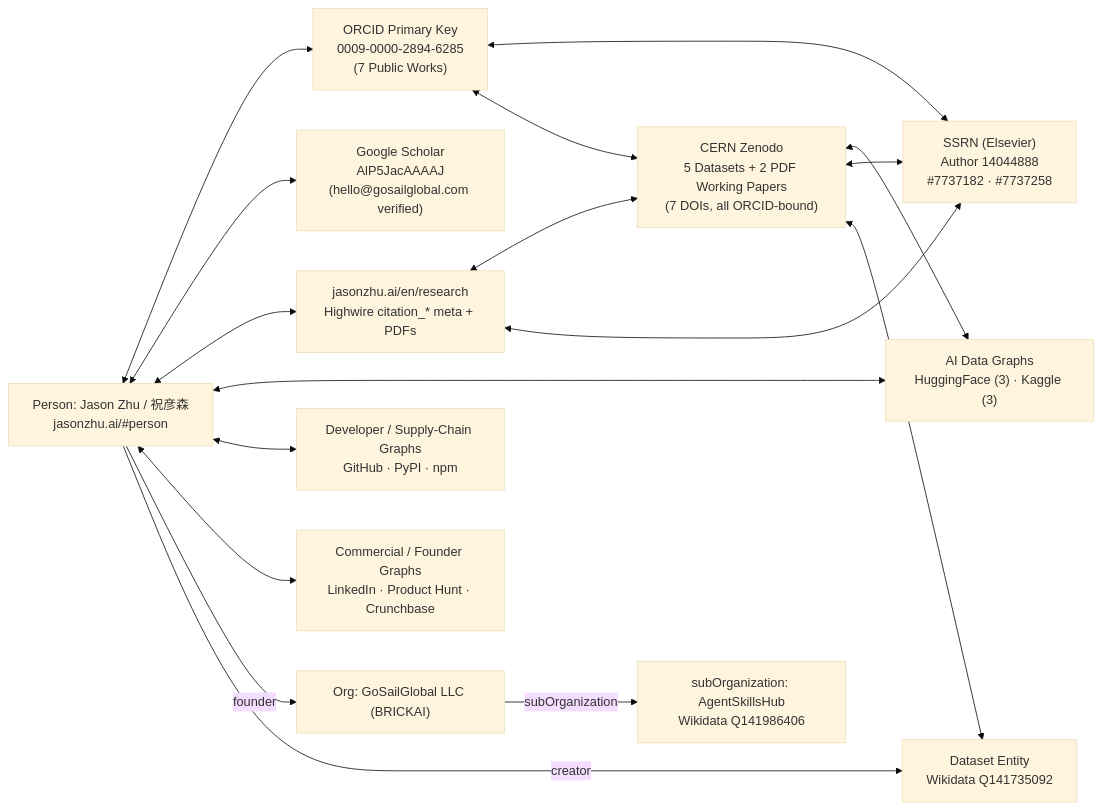
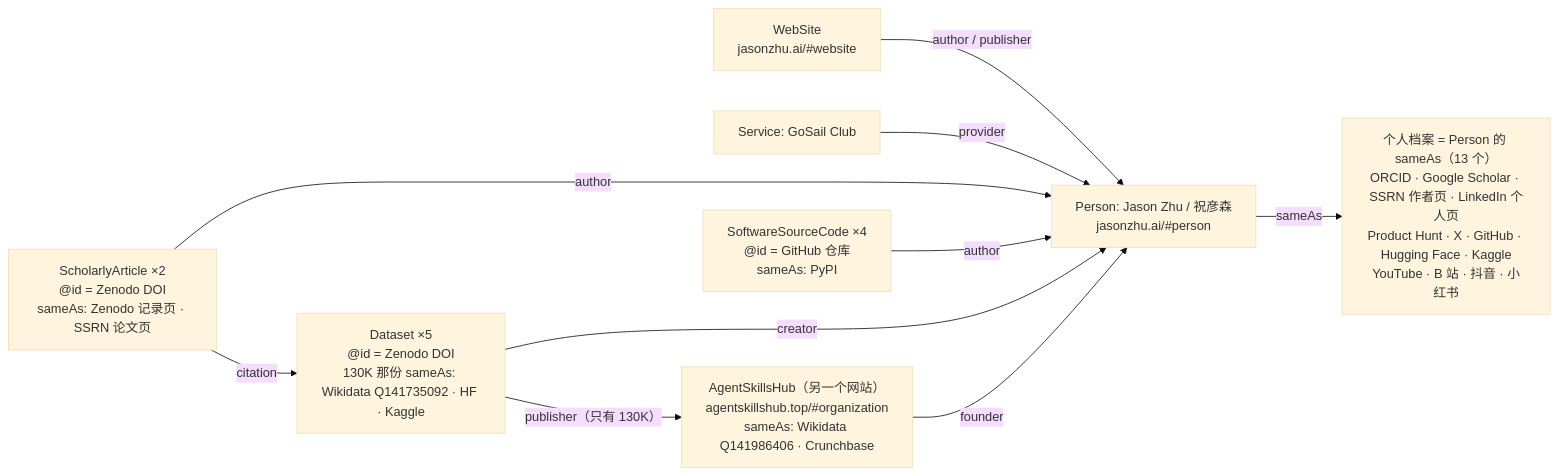
One commit to zhuyansen/jasonzhu.ai changed the diagram in ops/geo/entity-consistency-sop.md. Above: the diagram before and after it, drawn with Mermaid (base theme). The commit also changed other lines of this file, not shown here.

First line of the commit message:
实体信息统一与学术存档 SOP：照实写现状，Wikidata 个人条目暂缓，数据纠正完之前不绑学术图谱

````diff
--- a/ops/geo/entity-consistency-sop.md
+++ b/ops/geo/entity-consistency-sop.md
@@ -28,32 +37,21 @@
 ```mermaid
 flowchart LR
   P["Person: Jason Zhu / 祝彦森\njasonzhu.ai/#person"]
-  ORCID["ORCID Primary Key\n0009-0000-2894-6285\n(7 Public Works)"]
-  GS["Google Scholar\nAlP5JacAAAAJ\n(hello@gosailglobal.com verified)"]
-  SSRN["SSRN (Elsevier)\nAuthor 14044888\n#7737182 · #7737258"]
-  ZEN["CERN Zenodo\n5 Datasets + 2 PDF Working Papers\n(7 DOIs, all ORCID-bound)"]
-  AI["AI Data Graphs\nHuggingFace (3) · Kaggle (3)"]
-  DEV["Developer / Supply-Chain Graphs\nGitHub · PyPI · npm"]
-  BIZ["Commercial / Founder Graphs\nLinkedIn · Product Hunt · Crunchbase"]
-  RES["jasonzhu.ai/en/research\nHighwire citation_* meta + PDFs"]
-  ORG["Org: GoSailGlobal LLC (BRICKAI)"]
-  SUB["subOrganization: AgentSkillsHub\nWikidata Q141986406"]
-  WD["Dataset Entity\nWikidata Q141735092"]
+  PROF["个人档案 = Person 的 sameAs（13 个）\nORCID · Google Scholar · SSRN 作者页 · LinkedIn 个人页\nProduct Hunt · X · GitHub · Hugging Face · Kaggle\nYouTube · B 站 · 抖音 · 小红书"]
+  WEB["WebSite\njasonzhu.ai/#website"]
+  SVC["Service: GoSail Club"]
+  HUB["AgentSkillsHub（另一个网站）\nagentskillshub.top/#organization\nsameAs: Wikidata Q141986406 · Crunchbase"]
+  PAPER["ScholarlyArticle ×2\n@id = Zenodo DOI\nsameAs: Zenodo 记录页 · SSRN 论文页"]
+  DATA["Dataset ×5\n@id = Zenodo DOI\n130K 那份 sameAs: Wikidata Q141735092 · HF · Kaggle"]
+  SW["SoftwareSourceCode ×4\n@id = GitHub 仓库\nsameAs: PyPI"]
 
-  P <--> ORCID
-  P <--> GS
-  P <--> RES
-  ORCID <--> SSRN
-  ORCID <--> ZEN
-  RES <--> ZEN
-  RES <--> SSRN
-  P <--> AI
-  P <--> DEV
-  P <--> BIZ
-  ZEN <--> AI
-  ZEN <--> SSRN
-  P -->|founder| ORG
-  ORG -->|subOrganization| SUB
-  P -->|creator| WD
-  ZEN <--> WD
+  P -->|sameAs| PROF
+  WEB -->|"author / publisher"| P
+  SVC -->|provider| P
+  HUB -->|founder| P
+  PAPER -->|author| P
+  DATA -->|creator| P
+  SW -->|author| P
+  PAPER -->|citation| DATA
+  DATA -->|"publisher（只有 130K）"| HUB
 ```
````
